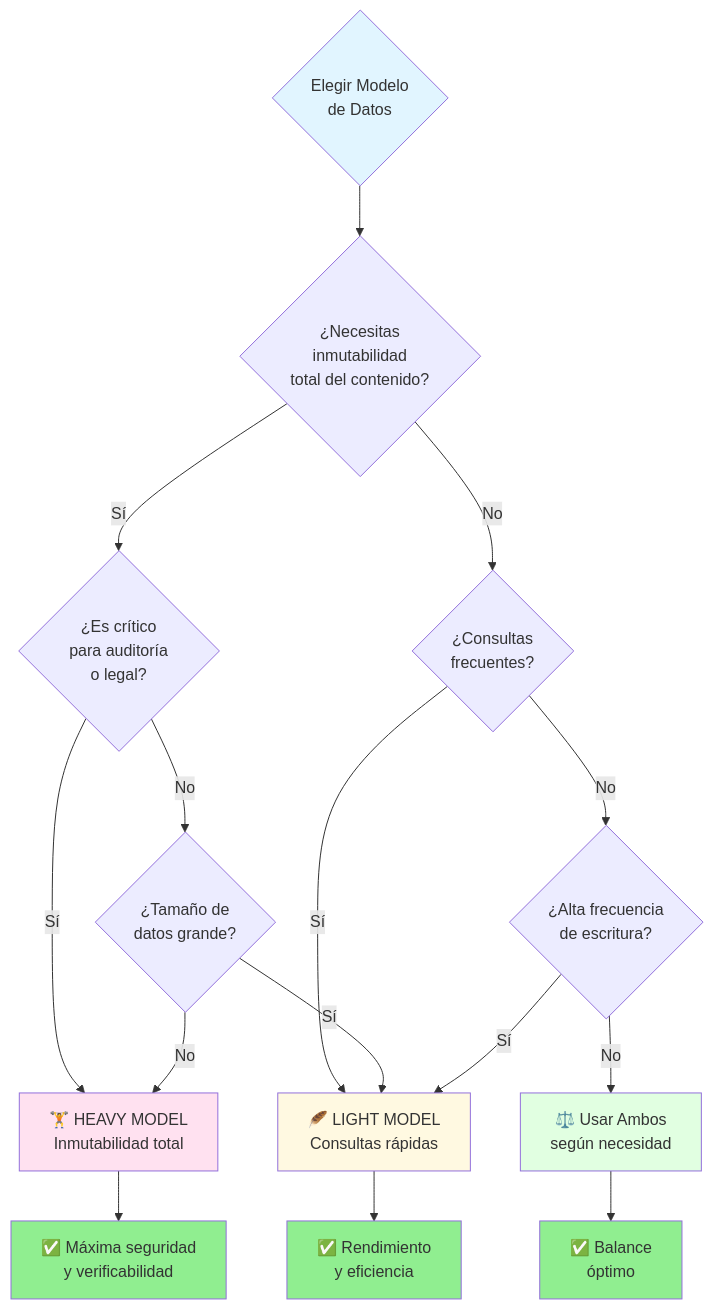
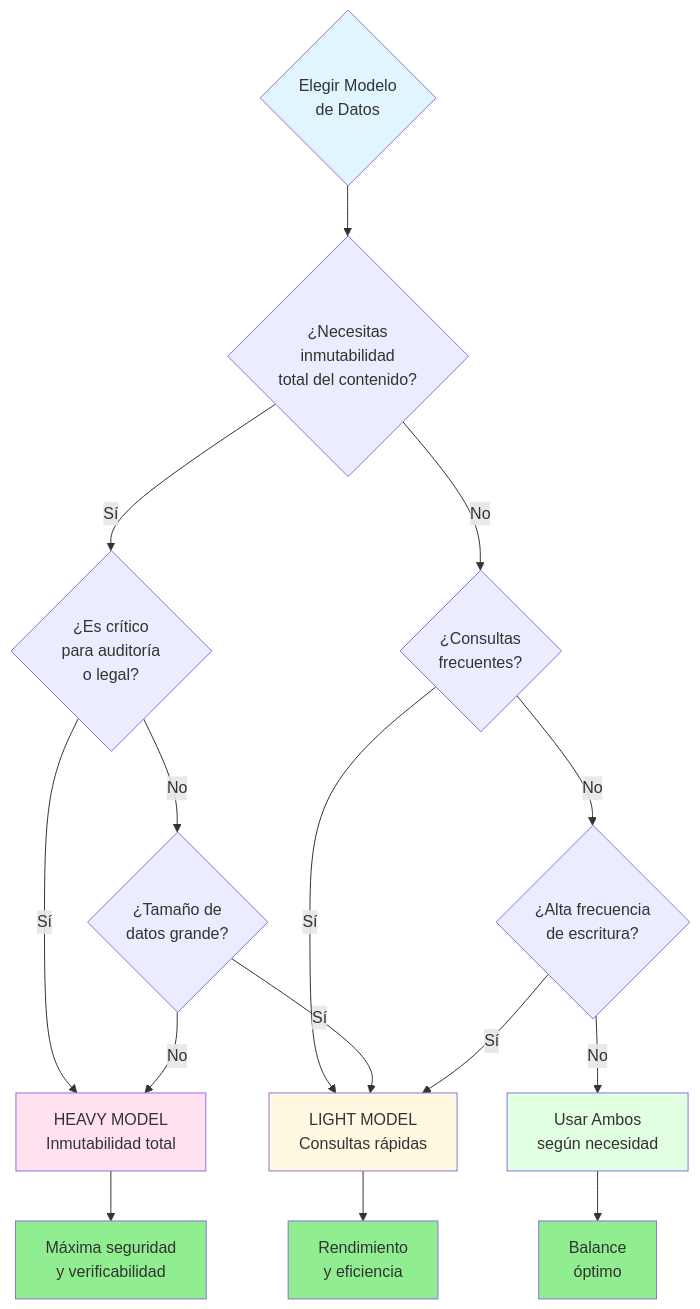
One commit to GSYAtools/blockchain-api changed the diagram in docs/mermaid/modelo-datos-decision.mmd. Above: the diagram before and after it, drawn with Mermaid. The commit also changed other lines of this file and 18 other files, not shown here.

First line of the commit message:
Update architecture and flow diagrams in docs

```diff
--- a/docs/mermaid/modelo-datos-decision.mmd
+++ b/docs/mermaid/modelo-datos-decision.mmd
@@ -1,32 +1,32 @@
 %%{init: {'theme':'default'}}%%
 flowchart TD
     Start{Elegir Modelo<br/>de Datos}
     
     Start --> Q1{¿Necesitas<br/>inmutabilidad<br/>total del contenido?}
     
     Q1 -->|Sí| Q2{¿Es crítico<br/>para auditoría<br/>o legal?}
     Q1 -->|No| Q3{¿Consultas<br/>frecuentes?}
     
-    Q2 -->|Sí| Heavy[🏋️ HEAVY MODEL<br/>Inmutabilidad total]
+    Q2 -->|Sí| Heavy[HEAVY MODEL<br/>Inmutabilidad total]
     Q2 -->|No| Q4{¿Tamaño de<br/>datos grande?}
     
-    Q3 -->|Sí| Light[🪶 LIGHT MODEL<br/>Consultas rápidas]
+    Q3 -->|Sí| Light[LIGHT MODEL<br/>Consultas rápidas]
     Q3 -->|No| Q5{¿Alta frecuencia<br/>de escritura?}
     
     Q4 -->|Sí| Light
     Q4 -->|No| Heavy
     
     Q5 -->|Sí| Light
-    Q5 -->|No| Hybrid[⚖️ Usar Ambos<br/>según necesidad]
+    Q5 -->|No| Hybrid[Usar Ambos<br/>según necesidad]
     
-    Heavy --> EndH[✅ Máxima seguridad<br/>y verificabilidad]
-    Light --> EndL[✅ Rendimiento<br/>y eficiencia]
-    Hybrid --> EndHy[✅ Balance<br/>óptimo]
+    Heavy --> EndH[Máxima seguridad<br/>y verificabilidad]
+    Light --> EndL[Rendimiento<br/>y eficiencia]
+    Hybrid --> EndHy[Balance<br/>óptimo]
     
     style Start fill:#e1f5ff
     style Heavy fill:#ffe1f0
     style Light fill:#fff9e1
     style Hybrid fill:#e1ffe1
     style EndH fill:#90EE90
     style EndL fill:#90EE90
     style EndHy fill:#90EE90
```
